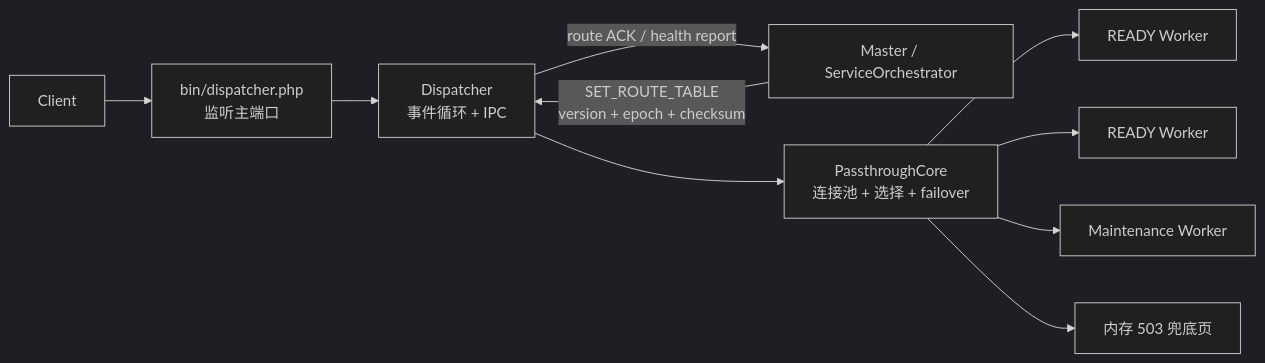
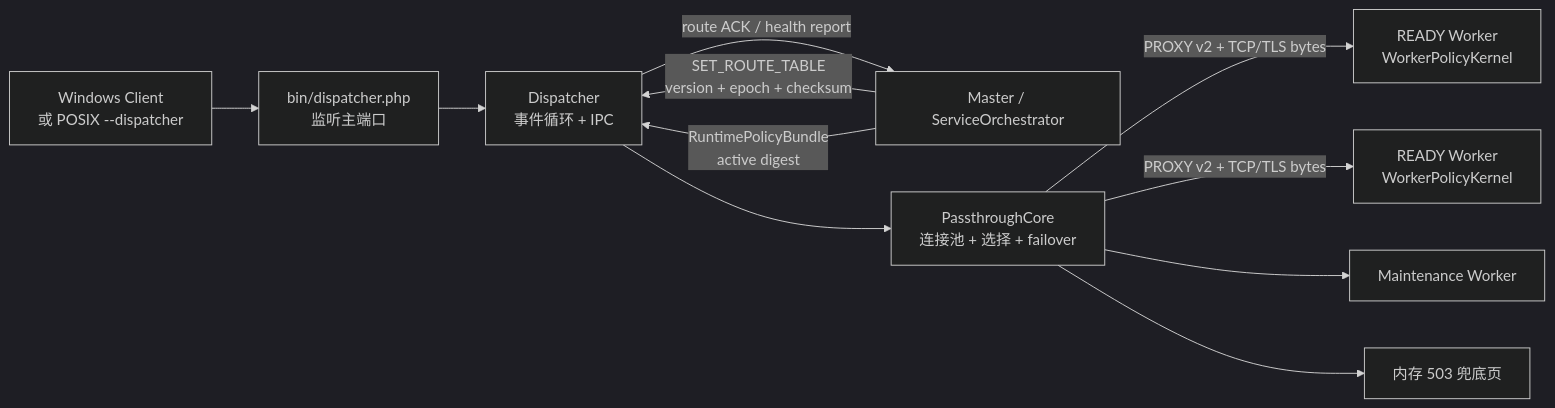
One commit to Aiweline/WelineFramework changed the first of 3 diagrams in app/code/Weline/Server/doc/Dispatcher分流架构设计.md. Above: the diagram before and after it, drawn with Mermaid (dark theme). The commit also changed other lines of this file and 1926 other files, not shown here.

Commit message:
feat: implement WelineFramework 2.0 runtime architecture

````diff
--- a/app/code/Weline/Server/doc/Dispatcher分流架构设计.md
+++ b/app/code/Weline/Server/doc/Dispatcher分流架构设计.md
@@ -9,12 +11,13 @@
 ```mermaid
 flowchart LR
-  CLIENT["Client"] --> ENTRY["bin/dispatcher.php\n监听主端口"]
+  CLIENT["Windows Client\n或 POSIX --dispatcher"] --> ENTRY["bin/dispatcher.php\n监听主端口"]
   ENTRY --> DISP["Dispatcher\n事件循环 + IPC"]
   MASTER["Master / ServiceOrchestrator"] -->|"SET_ROUTE_TABLE\nversion + epoch + checksum"| DISP
+  MASTER -->|"RuntimePolicyBundle\nactive digest"| DISP
   DISP --> CORE["PassthroughCore\n连接池 + 选择 + failover"]
-  CORE --> W1["READY Worker"]
-  CORE --> W2["READY Worker"]
+  CORE -->|"PROXY v2 + TCP/TLS bytes"| W1["READY Worker\nWorkerPolicyKernel"]
+  CORE -->|"PROXY v2 + TCP/TLS bytes"| W2["READY Worker\nWorkerPolicyKernel"]
   CORE --> MW["Maintenance Worker"]
   CORE --> FALLBACK["内存 503 兜底页"]
   DISP -->|"route ACK / health report"| MASTER
 ```
````
